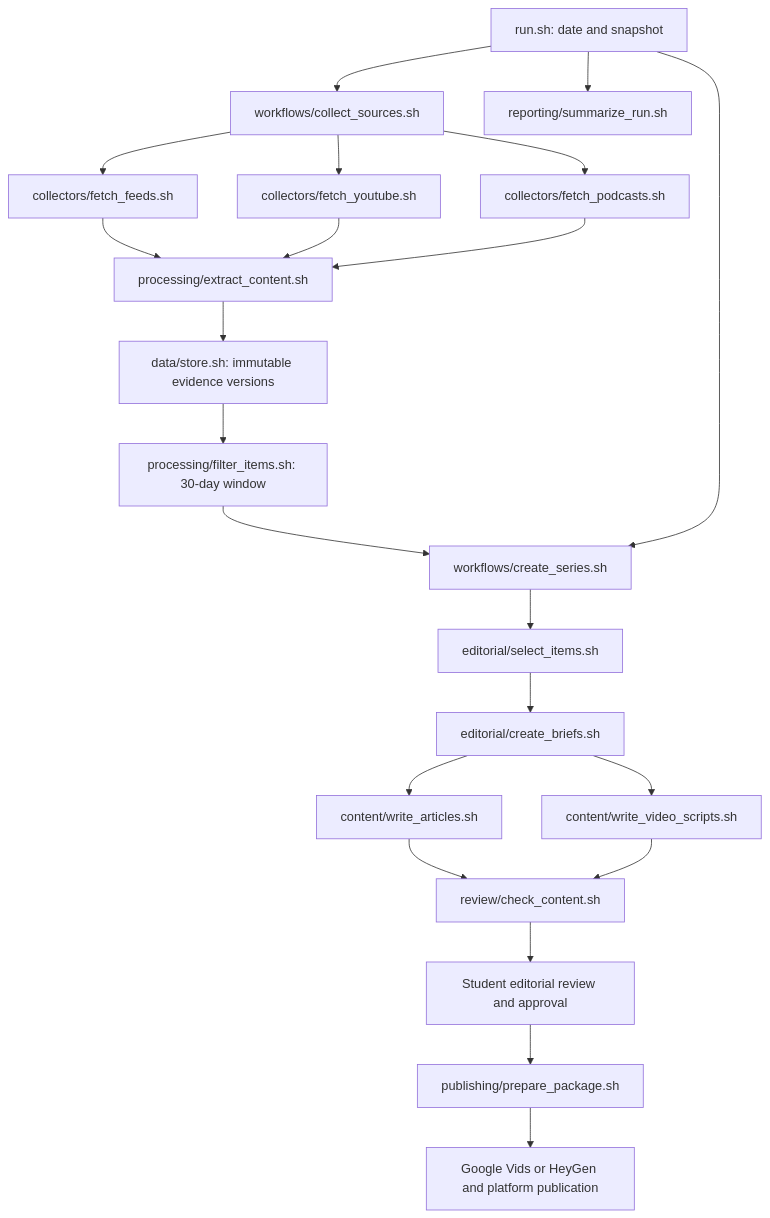
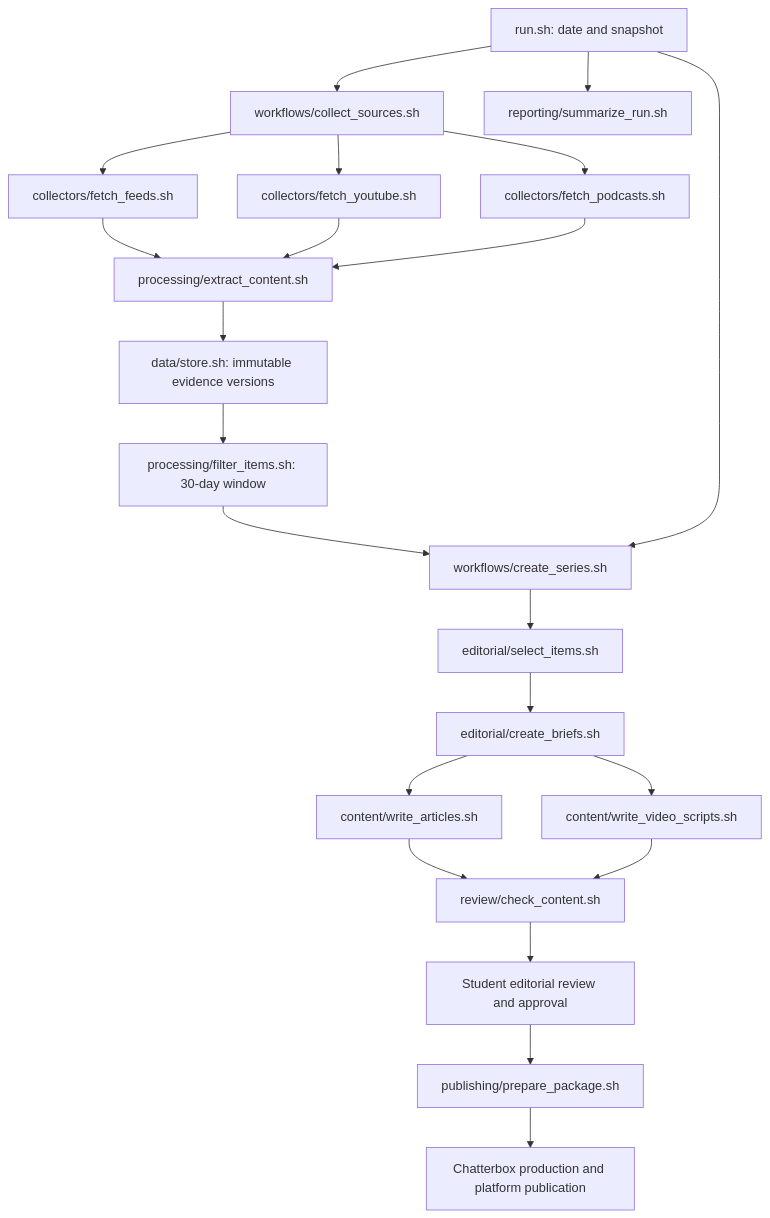
The first of 2 diagrams in docs/IMPLEMENTATION.md (harrrisw/ps04), drawn with Mermaid before and after one commit. The commit also changed other lines of this file and 118 other files, not shown here.

````diff
--- a/docs/IMPLEMENTATION.md
+++ b/docs/IMPLEMENTATION.md
@@ -6,24 +6,24 @@
 ```mermaid
 flowchart TD
     R[run.sh: date and snapshot] --> C[workflows/collect_sources.sh]
     C --> F[collectors/fetch_feeds.sh]
     C --> Y[collectors/fetch_youtube.sh]
     C --> P[collectors/fetch_podcasts.sh]
     F --> E[processing/extract_content.sh]
     Y --> E
     P --> E
     E --> D[data/store.sh: immutable evidence versions]
     D --> W[processing/filter_items.sh: 30-day window]
     W --> S[workflows/create_series.sh]
     R --> S
     S --> A[editorial/select_items.sh]
     A --> B[editorial/create_briefs.sh]
     B --> N[content/write_articles.sh]
     B --> V[content/write_video_scripts.sh]
     N --> K[review/check_content.sh]
     V --> K
     K --> H[Student editorial review and approval]
     H --> X[publishing/prepare_package.sh]
-    X --> M[Google Vids or HeyGen and platform publication]
+    X --> M[Chatterbox production and platform publication]
     R --> T[reporting/summarize_run.sh]
 ```
````
